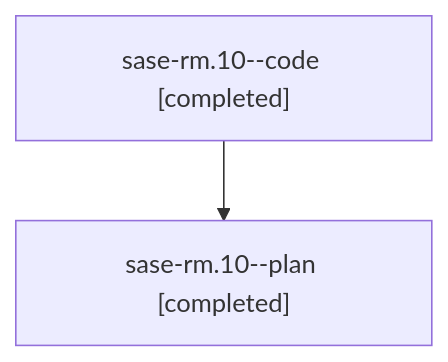
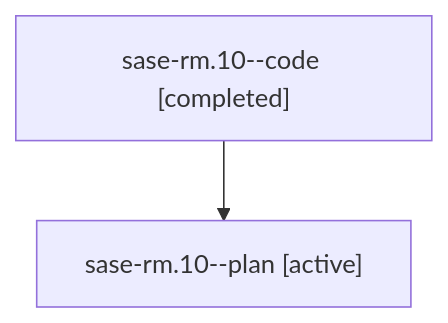
Before and after one commit to sase-org/sase--agents: the diagram in families/bbugyi200.athena.sase-rm.10.md, drawn with Mermaid. The commit also changed other lines of this file and 35830 other files, not shown here.

````diff
--- a/families/bbugyi200.athena.sase-rm.10.md
+++ b/families/bbugyi200.athena.sase-rm.10.md
@@ -9,6 +9,6 @@
 ```mermaid
 flowchart TD
   n0["sase-rm.10--code [completed]"]
-  n1["sase-rm.10--plan [completed]"]
+  n1["sase-rm.10--plan [active]"]
   n0 --> n1
 ```
````
